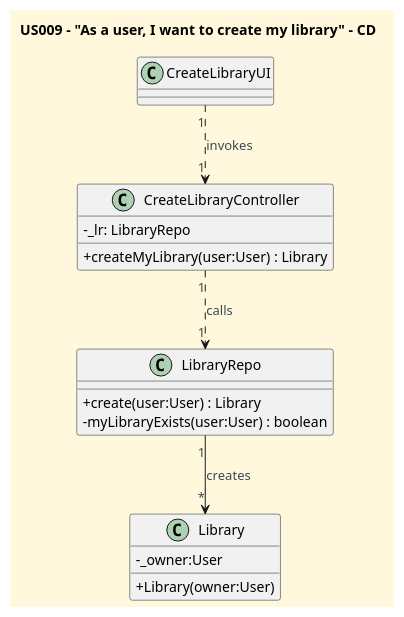
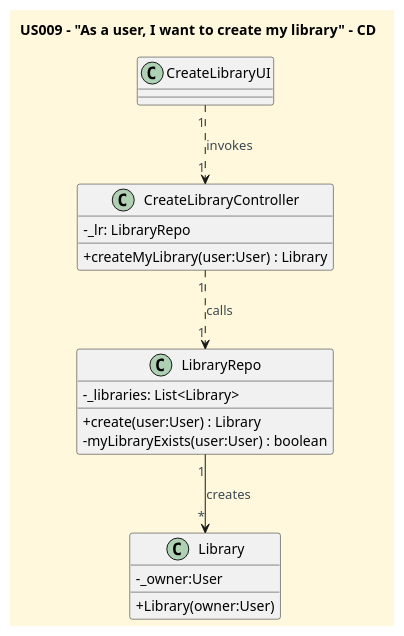
One commit to CarolinaLeite-collab/JavaMarketplacePlatform changed the diagram in docs/userStories/US009/US009_create_my_library_CD.puml. Above: the diagram before and after it, drawn with PlantUML. The commit also changed 1 other file, not shown here.

Commit message:
#68, #115 - fixed small typos on diagrams

```diff
--- a/docs/userStories/US009/US009_create_my_library_CD.puml
+++ b/docs/userStories/US009/US009_create_my_library_CD.puml
@@ -1,43 +1,44 @@
 @startuml
 'https://plantuml.com/class-diagram
 title US009 – "As a user, I want to create my library" - CD
 
 '==== basic style ====
 skinparam monochrome false
 skinparam shadowing false
 skinparam defaultFontName Futura
 skinparam objectFontSize 20
 skinparam backgroundColor CornSilk
 skinparam objectBackgroundColor WhiteSmoke
 skinparam noteBackgroundColor #FFFFE0
 skinparam ArrowFontColor #3B4953
 skinparam ActivationBackgroundColor black
 skinparam classAttributeIconSize 0
 
 class CreateLibraryUI {
 }
 
 class CreateLibraryController {
   -_lr: LibraryRepo
   + createMyLibrary(user:User) : Library
 }
 
 class LibraryRepo {
+-_libraries: List<Library>
   + create(user:User) : Library
   - myLibraryExists(user:User) : boolean
 }
 
 class Library {
   - _owner:User
   + Library(owner:User)
 }
 
 'class User {
 '}
 
 CreateLibraryUI "1" ..> "1" CreateLibraryController : invokes
 CreateLibraryController "1" ..> "1" LibraryRepo : calls
 LibraryRepo "1" --> "*" Library : creates
 'User "1" --> "1" Library: owns
 
 @enduml
```
